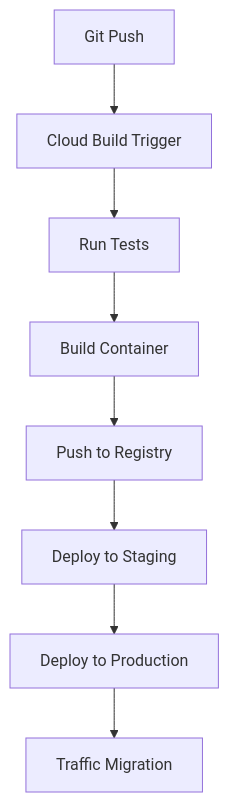
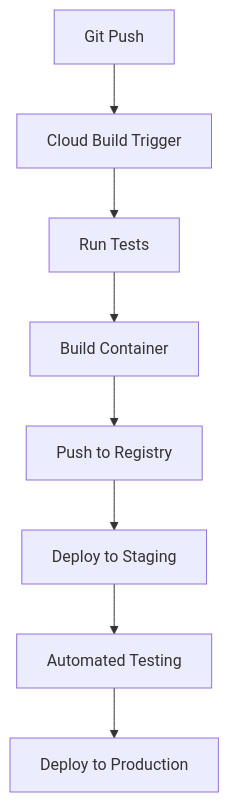
Before and after one commit to royal-dsouza/salesTransaction-http-etl: the diagram in README.md, drawn with Mermaid. The commit also changed other lines of this file and 3 other files, not shown here.

````diff
--- a/README.md
+++ b/README.md
@@ -66,10 +71,10 @@
 ```mermaid
 graph TD
     A[Git Push] --> B[Cloud Build Trigger]
     B --> C[Run Tests]
     C --> D[Build Container]
     D --> E[Push to Registry]
     E --> F[Deploy to Staging]
-    F --> G[Deploy to Production]
-    G --> H[Traffic Migration]
+    F --> G[Automated Testing]
+    G --> H[Deploy to Production]
 ```
````
